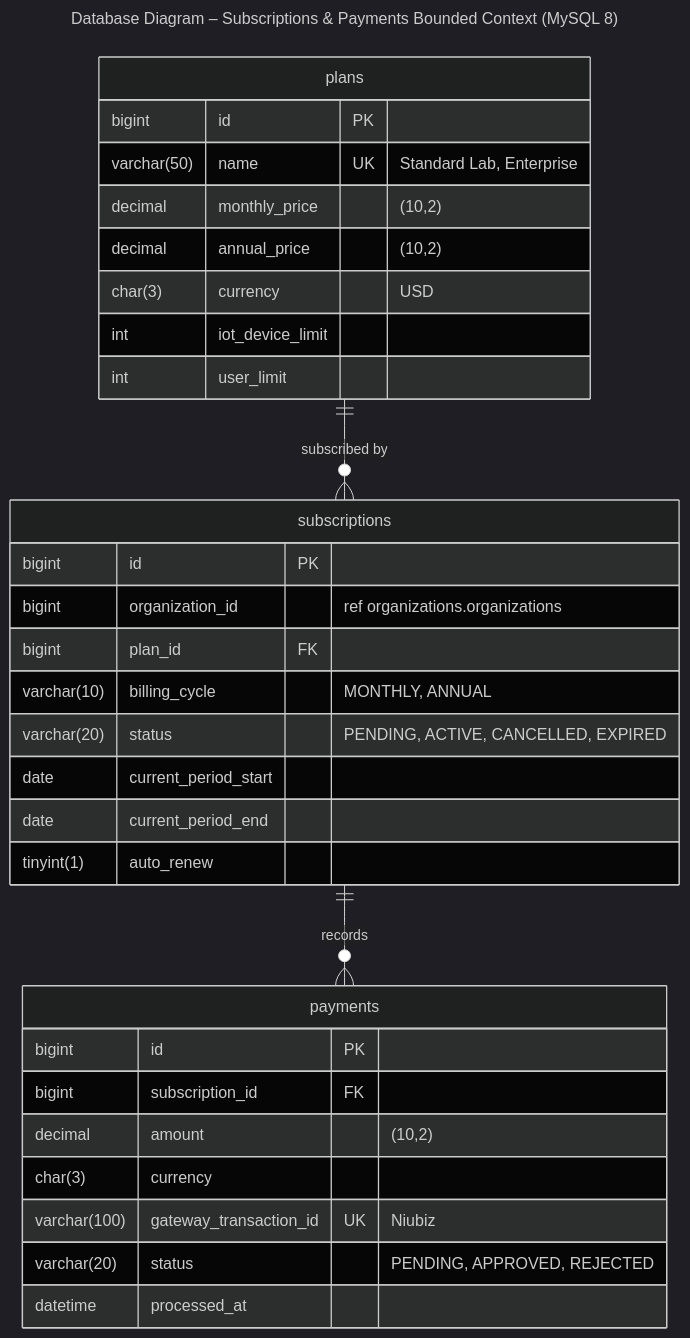
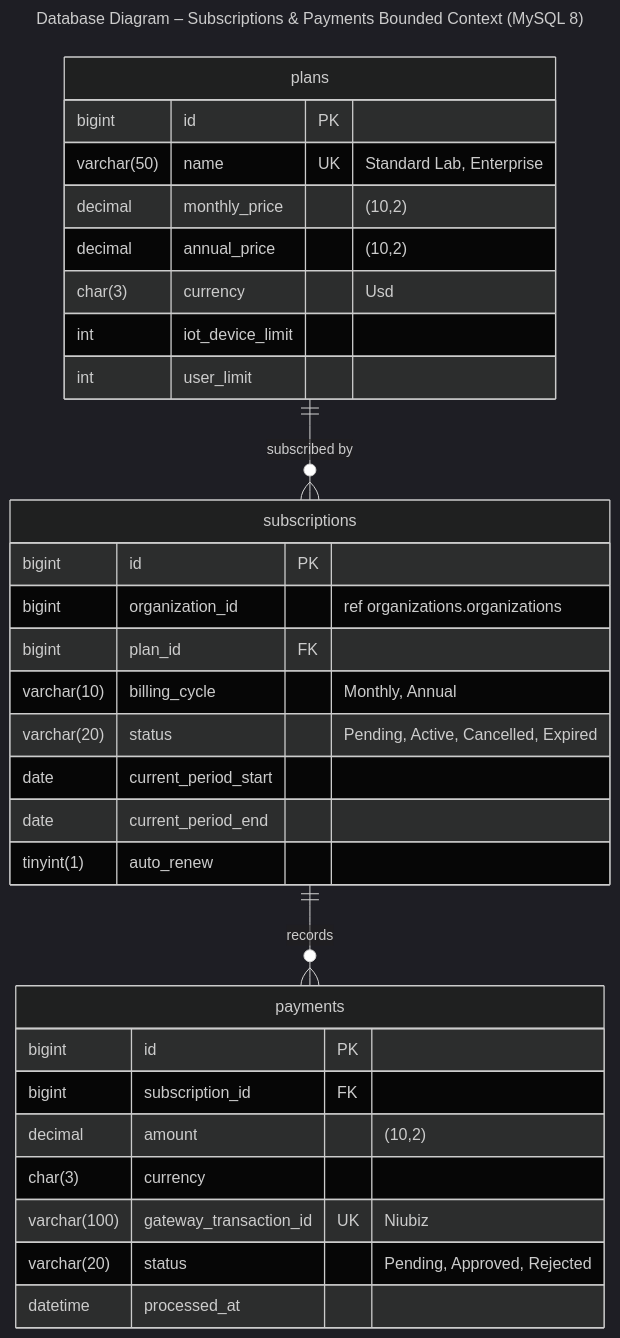
One commit to IngesCompanyCC/IngesCompanyCC-Project-Report changed the diagram in assets/diagrams/mermaid/db-03-subscriptions.mmd. Above: the diagram before and after it, drawn with Mermaid (dark theme). The commit also changed 7 other files, not shown here.

Commit message:
fix(diagrams): store enum values in pascal case and align class enums with the database

```diff
--- a/assets/diagrams/mermaid/db-03-subscriptions.mmd
+++ b/assets/diagrams/mermaid/db-03-subscriptions.mmd
@@ -1,34 +1,34 @@
 ---
 title: "Database Diagram – Subscriptions & Payments Bounded Context (MySQL 8)"
 ---
 erDiagram
   plans {
     bigint id PK
     varchar(50) name UK "Standard Lab, Enterprise"
     decimal monthly_price "(10,2)"
     decimal annual_price "(10,2)"
-    char(3) currency "USD"
+    char(3) currency "Usd"
     int iot_device_limit
     int user_limit
   }
   subscriptions {
     bigint id PK
     bigint organization_id "ref organizations.organizations"
     bigint plan_id FK
-    varchar(10) billing_cycle "MONTHLY, ANNUAL"
-    varchar(20) status "PENDING, ACTIVE, CANCELLED, EXPIRED"
+    varchar(10) billing_cycle "Monthly, Annual"
+    varchar(20) status "Pending, Active, Cancelled, Expired"
     date current_period_start
     date current_period_end
     tinyint(1) auto_renew
   }
   payments {
     bigint id PK
     bigint subscription_id FK
     decimal amount "(10,2)"
     char(3) currency
     varchar(100) gateway_transaction_id UK "Niubiz"
-    varchar(20) status "PENDING, APPROVED, REJECTED"
+    varchar(20) status "Pending, Approved, Rejected"
     datetime processed_at
   }
   plans ||--o{ subscriptions : "subscribed by"
   subscriptions ||--o{ payments : "records"
```
